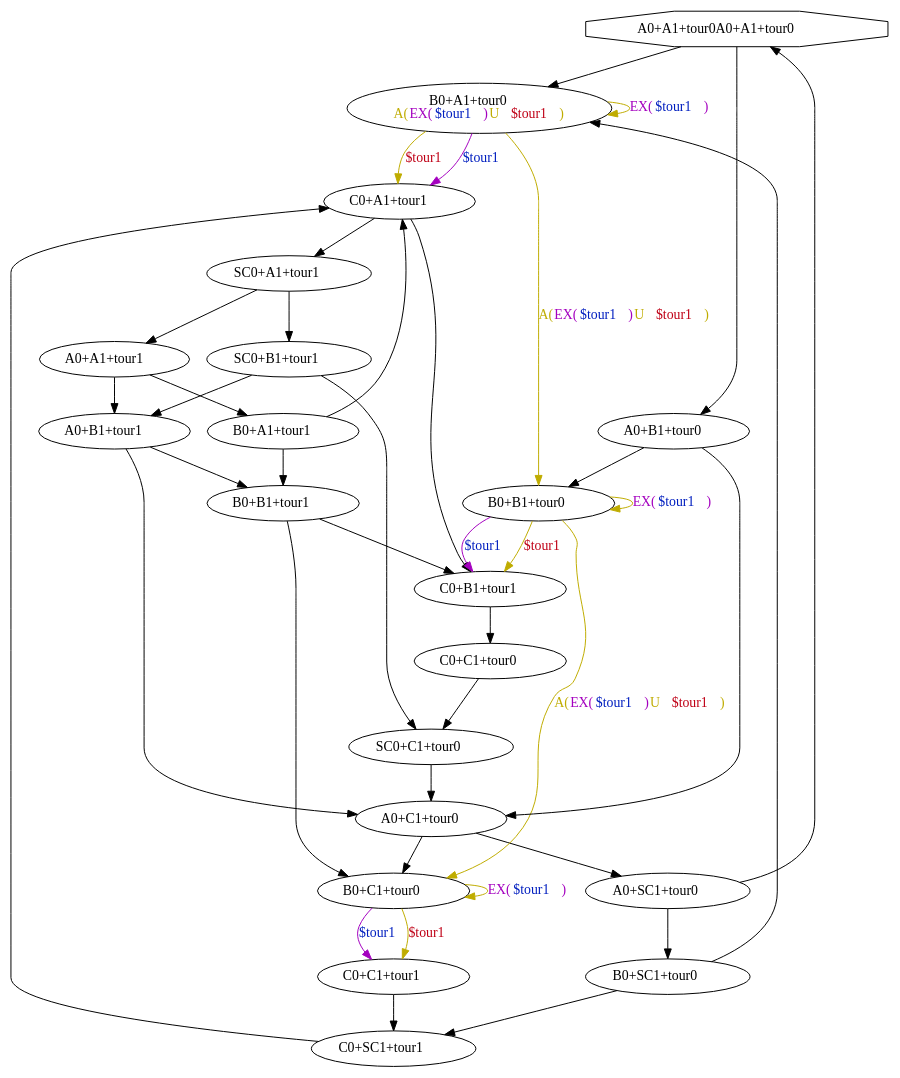
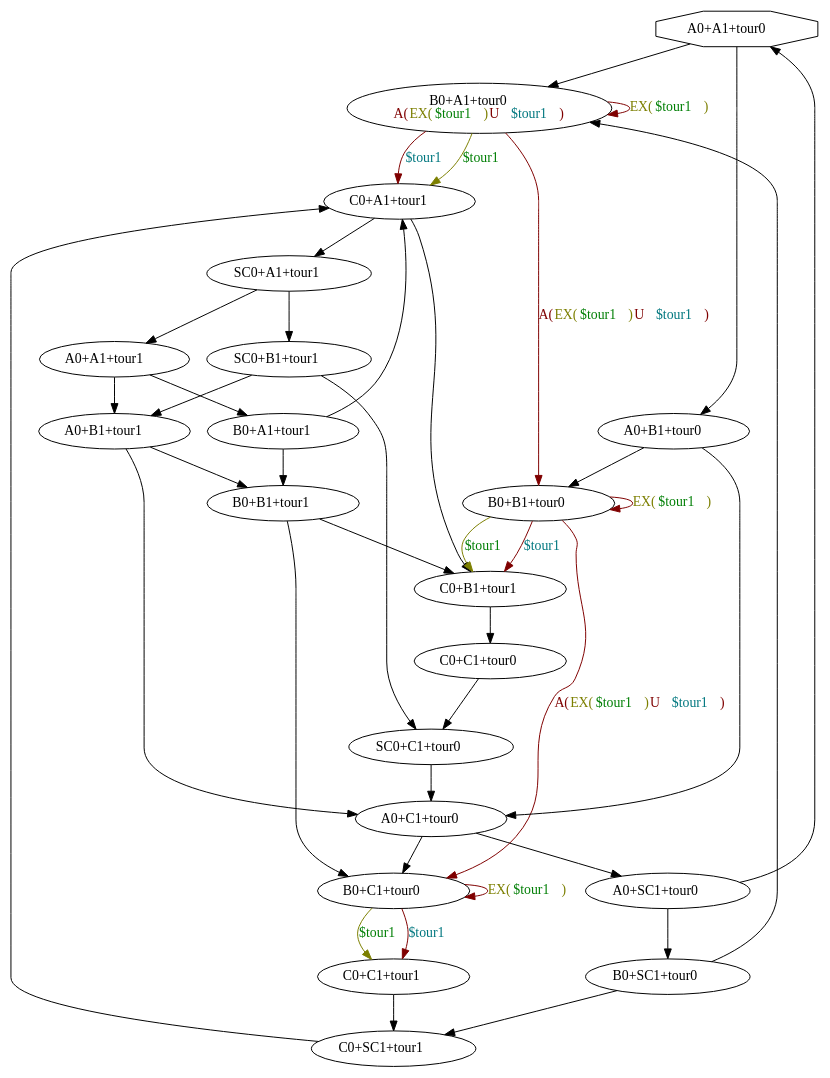
Before and after one commit to howiepowie/m1projctl2012g6: the diagram in test justifie 11.dot, drawn with Graphviz. The commit also changed 47 other files, not shown here.

```diff
--- a/test justifie 11.dot
+++ b/test justifie 11.dot
@@ -1,62 +1,62 @@
 digraph system {
-N0 [label=<A0+A1+tour0A0+A1+tour0>,shape=octagon]
-N1 [label=<B0+A1+tour0<BR/><FONT COLOR="0.14999974 1 0.75">A(<FONT COLOR="0.80999976 1 0.75">EX(<FONT COLOR="0.63999975 1 0.75">$tour1</FONT>)</FONT> U <FONT COLOR="0.9799998 1 0.75">$tour1</FONT>)</FONT>>]
+N0 [label=<A0+A1+tour0>,shape=octagon]
+N1 [label=<B0+A1+tour0<BR/><FONT COLOR="0.0 1 0.5">A(<FONT COLOR="0.17 1 0.5">EX(<FONT COLOR="0.34 1 0.5">$tour1</FONT>)</FONT> U <FONT COLOR="0.51 1 0.5">$tour1</FONT>)</FONT>>]
 N2 [label=<C0+A1+tour1>]
 N3 [label=<SC0+A1+tour1>]
 N4 [label=<A0+A1+tour1>]
 N5 [label=<B0+A1+tour1>]
 N6 [label=<B0+B1+tour1>]
 N7 [label=<C0+B1+tour1>]
 N8 [label=<C0+C1+tour0>]
 N9 [label=<SC0+C1+tour0>]
 N10 [label=<A0+C1+tour0>]
 N11 [label=<B0+C1+tour0>]
 N12 [label=<C0+C1+tour1>]
 N13 [label=<C0+SC1+tour1>]
 N14 [label=<A0+SC1+tour0>]
 N15 [label=<B0+SC1+tour0>]
 N16 [label=<A0+B1+tour1>]
 N17 [label=<SC0+B1+tour1>]
 N18 [label=<B0+B1+tour0>]
 N19 [label=<A0+B1+tour0>]
 N0 -> N1
 N0 -> N19
 N2 -> N3
 N2 -> N7
 N3 -> N4
 N3 -> N17
 N4 -> N5
 N4 -> N16
 N5 -> N2
 N5 -> N6
 N6 -> N7
 N6 -> N11
 N7 -> N8
 N8 -> N9
 N9 -> N10
 N10 -> N11
 N10 -> N14
 N12 -> N13
 N13 -> N2
 N14 -> N15
 N14 -> N0
 N15 -> N13
 N15 -> N1
 N16 -> N6
 N16 -> N10
 N17 -> N16
 N17 -> N9
 N19 -> N18
 N19 -> N10
-N1 -> N18 [color="0.14999974 1 0.75",label=<<FONT COLOR="0.14999974 1 0.75">A(<FONT COLOR="0.80999976 1 0.75">EX(<FONT COLOR="0.63999975 1 0.75">$tour1</FONT>)</FONT> U <FONT COLOR="0.9799998 1 0.75">$tour1</FONT>)</FONT>>]
-N11 -> N12 [color="0.80999976 1 0.75",label=<<FONT COLOR="0.63999975 1 0.75">$tour1</FONT>>]
-N1 -> N1 [color="0.14999974 1 0.75",label=<<FONT COLOR="0.80999976 1 0.75">EX(<FONT COLOR="0.63999975 1 0.75">$tour1</FONT>)</FONT>>]
-N18 -> N7 [color="0.14999974 1 0.75",label=<<FONT COLOR="0.9799998 1 0.75">$tour1</FONT>>]
-N18 -> N18 [color="0.14999974 1 0.75",label=<<FONT COLOR="0.80999976 1 0.75">EX(<FONT COLOR="0.63999975 1 0.75">$tour1</FONT>)</FONT>>]
-N1 -> N2 [color="0.14999974 1 0.75",label=<<FONT COLOR="0.9799998 1 0.75">$tour1</FONT>>]
-N18 -> N11 [color="0.14999974 1 0.75",label=<<FONT COLOR="0.14999974 1 0.75">A(<FONT COLOR="0.80999976 1 0.75">EX(<FONT COLOR="0.63999975 1 0.75">$tour1</FONT>)</FONT> U <FONT COLOR="0.9799998 1 0.75">$tour1</FONT>)</FONT>>]
-N11 -> N12 [color="0.14999974 1 0.75",label=<<FONT COLOR="0.9799998 1 0.75">$tour1</FONT>>]
-N18 -> N7 [color="0.80999976 1 0.75",label=<<FONT COLOR="0.63999975 1 0.75">$tour1</FONT>>]
-N11 -> N11 [color="0.14999974 1 0.75",label=<<FONT COLOR="0.80999976 1 0.75">EX(<FONT COLOR="0.63999975 1 0.75">$tour1</FONT>)</FONT>>]
-N1 -> N2 [color="0.80999976 1 0.75",label=<<FONT COLOR="0.63999975 1 0.75">$tour1</FONT>>]
+N18 -> N7 [color="0.0 1 0.5",label=<<FONT COLOR="0.51 1 0.5">$tour1</FONT>>]
+N1 -> N2 [color="0.0 1 0.5",label=<<FONT COLOR="0.51 1 0.5">$tour1</FONT>>]
+N18 -> N7 [color="0.17 1 0.5",label=<<FONT COLOR="0.34 1 0.5">$tour1</FONT>>]
+N1 -> N2 [color="0.17 1 0.5",label=<<FONT COLOR="0.34 1 0.5">$tour1</FONT>>]
+N18 -> N11 [color="0.0 1 0.5",label=<<FONT COLOR="0.0 1 0.5">A(<FONT COLOR="0.17 1 0.5">EX(<FONT COLOR="0.34 1 0.5">$tour1</FONT>)</FONT> U <FONT COLOR="0.51 1 0.5">$tour1</FONT>)</FONT>>]
+N1 -> N18 [color="0.0 1 0.5",label=<<FONT COLOR="0.0 1 0.5">A(<FONT COLOR="0.17 1 0.5">EX(<FONT COLOR="0.34 1 0.5">$tour1</FONT>)</FONT> U <FONT COLOR="0.51 1 0.5">$tour1</FONT>)</FONT>>]
+N18 -> N18 [color="0.0 1 0.5",label=<<FONT COLOR="0.17 1 0.5">EX(<FONT COLOR="0.34 1 0.5">$tour1</FONT>)</FONT>>]
+N11 -> N11 [color="0.0 1 0.5",label=<<FONT COLOR="0.17 1 0.5">EX(<FONT COLOR="0.34 1 0.5">$tour1</FONT>)</FONT>>]
+N1 -> N1 [color="0.0 1 0.5",label=<<FONT COLOR="0.17 1 0.5">EX(<FONT COLOR="0.34 1 0.5">$tour1</FONT>)</FONT>>]
+N11 -> N12 [color="0.17 1 0.5",label=<<FONT COLOR="0.34 1 0.5">$tour1</FONT>>]
+N11 -> N12 [color="0.0 1 0.5",label=<<FONT COLOR="0.51 1 0.5">$tour1</FONT>>]
 }
```
